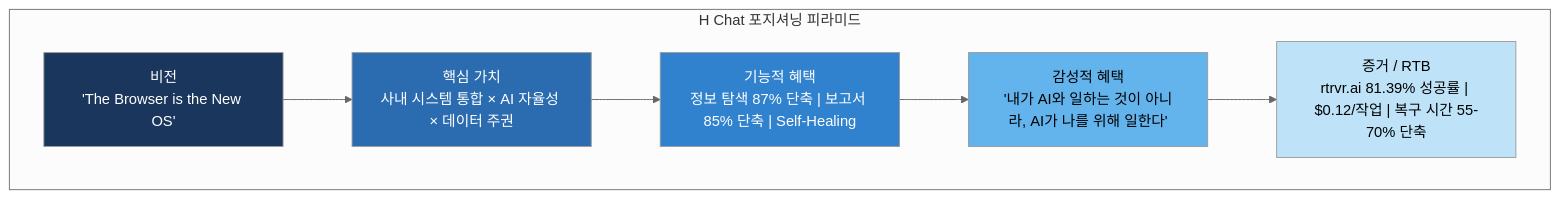
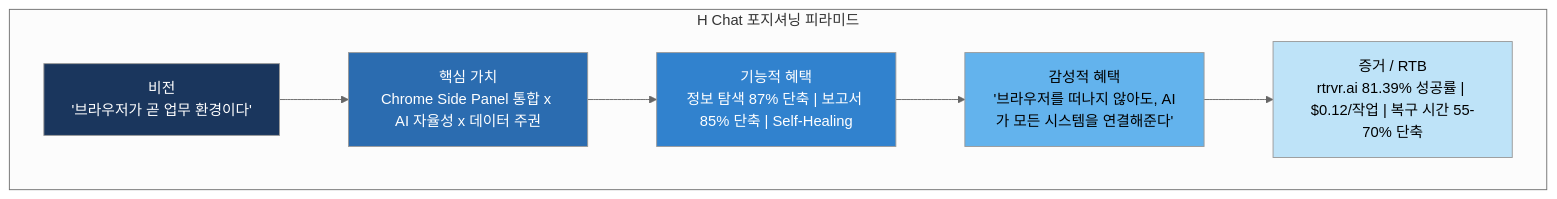
One commit to sgtlim0/sgtlim0.github.io changed the tenth of 10 diagrams in docs/SERVICE_PLAN_01_OVERVIEW.md. Above: the diagram before and after it, drawn with Mermaid (neutral theme). The commit also changed other lines of this file and 3 other files, not shown here.

````diff
--- a/docs/SERVICE_PLAN_01_OVERVIEW.md
+++ b/docs/SERVICE_PLAN_01_OVERVIEW.md
@@ -383,16 +447,16 @@
 ```mermaid
 graph TB
     subgraph "H Chat 포지셔닝 피라미드"
-        A["비전<br/>'The Browser is the New OS'"]
-        B["핵심 가치<br/>사내 시스템 통합 × AI 자율성 × 데이터 주권"]
+        A["비전<br/>'브라우저가 곧 업무 환경이다'"]
+        B["핵심 가치<br/>Chrome Side Panel 통합 x AI 자율성 x 데이터 주권"]
         C["기능적 혜택<br/>정보 탐색 87% 단축 | 보고서 85% 단축 | Self-Healing"]
-        D["감성적 혜택<br/>'내가 AI와 일하는 것이 아니라, AI가 나를 위해 일한다'"]
+        D["감성적 혜택<br/>'브라우저를 떠나지 않아도, AI가 모든 시스템을 연결해준다'"]
         E["증거 / RTB<br/>rtrvr.ai 81.39% 성공률 | $0.12/작업 | 복구 시간 55-70% 단축"]
     end
     A --> B --> C --> D --> E
     style A fill:#1a365d,color:#fff
     style B fill:#2b6cb0,color:#fff
     style C fill:#3182ce,color:#fff
     style D fill:#63b3ed,color:#000
     style E fill:#bee3f8,color:#000
 ```
````
